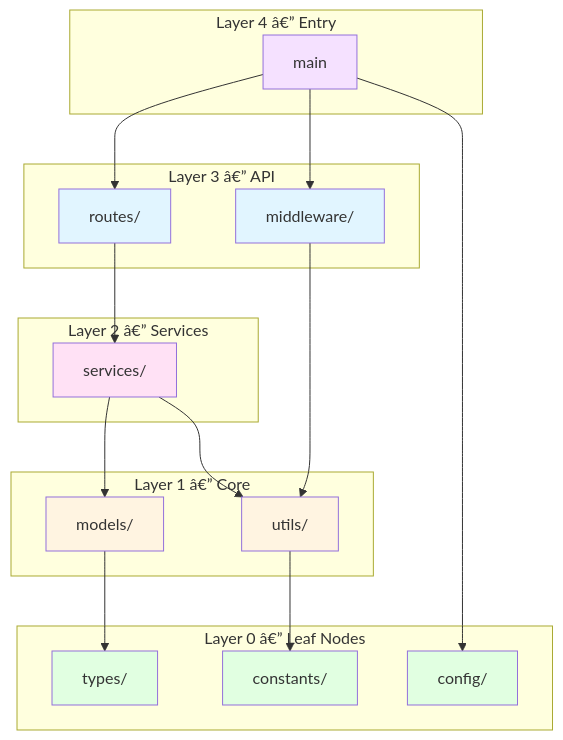
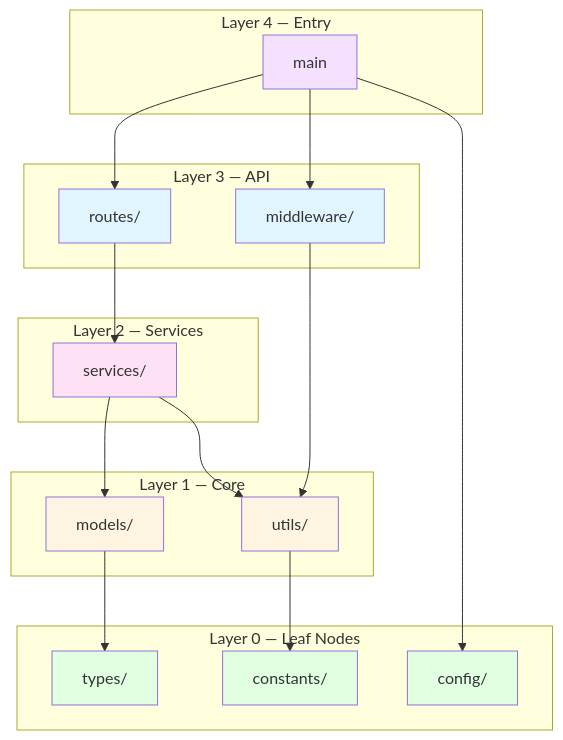
Before and after one commit to kennedym-ds/copilot_orchestrator: the diagram in .github/agents/translation-analyzer.agent.md, drawn with Mermaid. The commit also changed other lines of this file and 29 other files, not shown here.

````diff
--- a/.github/agents/translation-analyzer.agent.md
+++ b/.github/agents/translation-analyzer.agent.md
@@ -107,35 +106,35 @@
 ```mermaid
 flowchart TD
-    subgraph "Layer 0 â€” Leaf Nodes"
+    subgraph "Layer 0 — Leaf Nodes"
         types[types/]
         constants[constants/]
         config[config/]
     end
-    subgraph "Layer 1 â€” Core"
+    subgraph "Layer 1 — Core"
         models[models/] --> types
         utils[utils/] --> constants
     end
-    subgraph "Layer 2 â€” Services"
+    subgraph "Layer 2 — Services"
         services[services/] --> models
         services --> utils
     end
-    subgraph "Layer 3 â€” API"
+    subgraph "Layer 3 — API"
         routes[routes/] --> services
         middleware[middleware/] --> utils
     end
-    subgraph "Layer 4 â€” Entry"
+    subgraph "Layer 4 — Entry"
         main[main] --> routes
         main --> middleware
         main --> config
     end
 
     style types fill:#e1ffe1
     style constants fill:#e1ffe1
     style config fill:#e1ffe1
     style models fill:#fff4e1
     style utils fill:#fff4e1
     style services fill:#ffe1f5
     style routes fill:#e1f5ff
     style middleware fill:#e1f5ff
     style main fill:#f5e1ff
 ```
````
